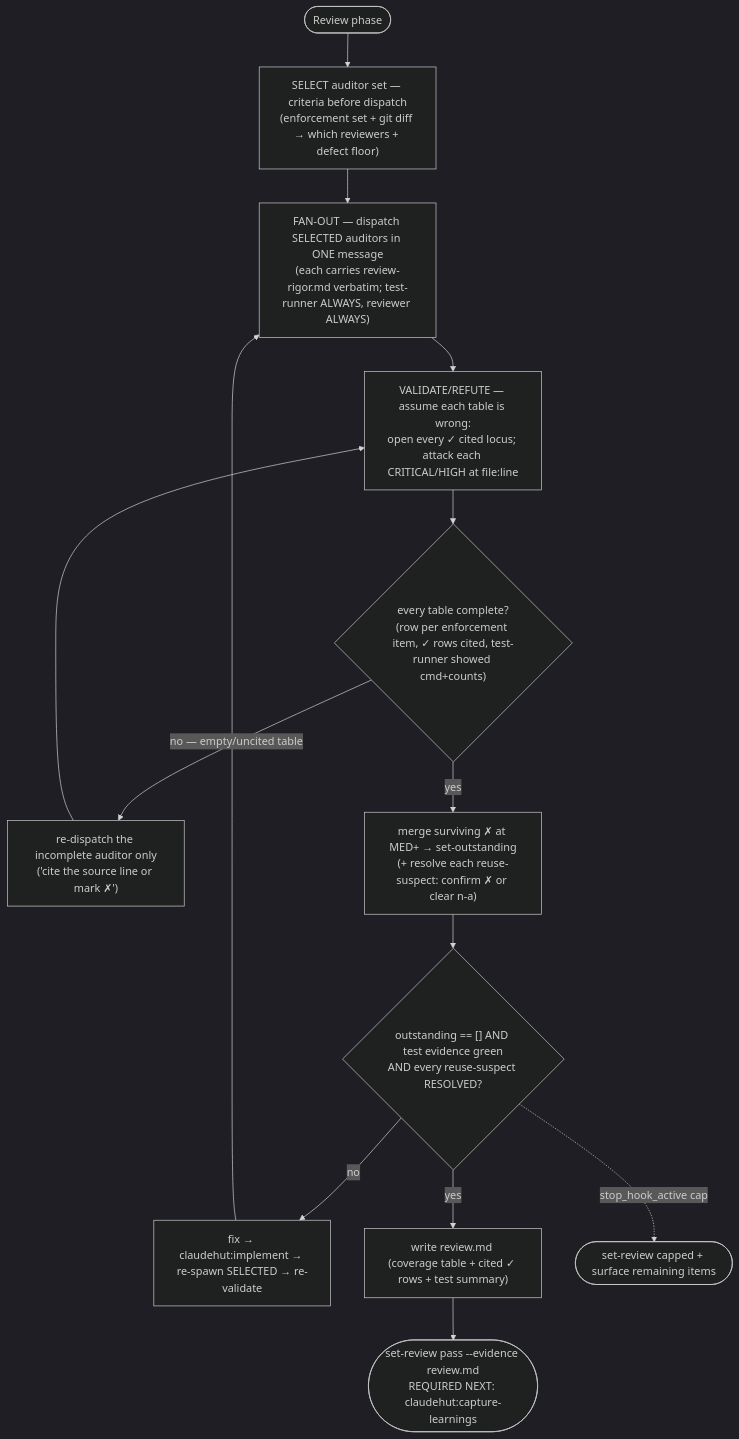
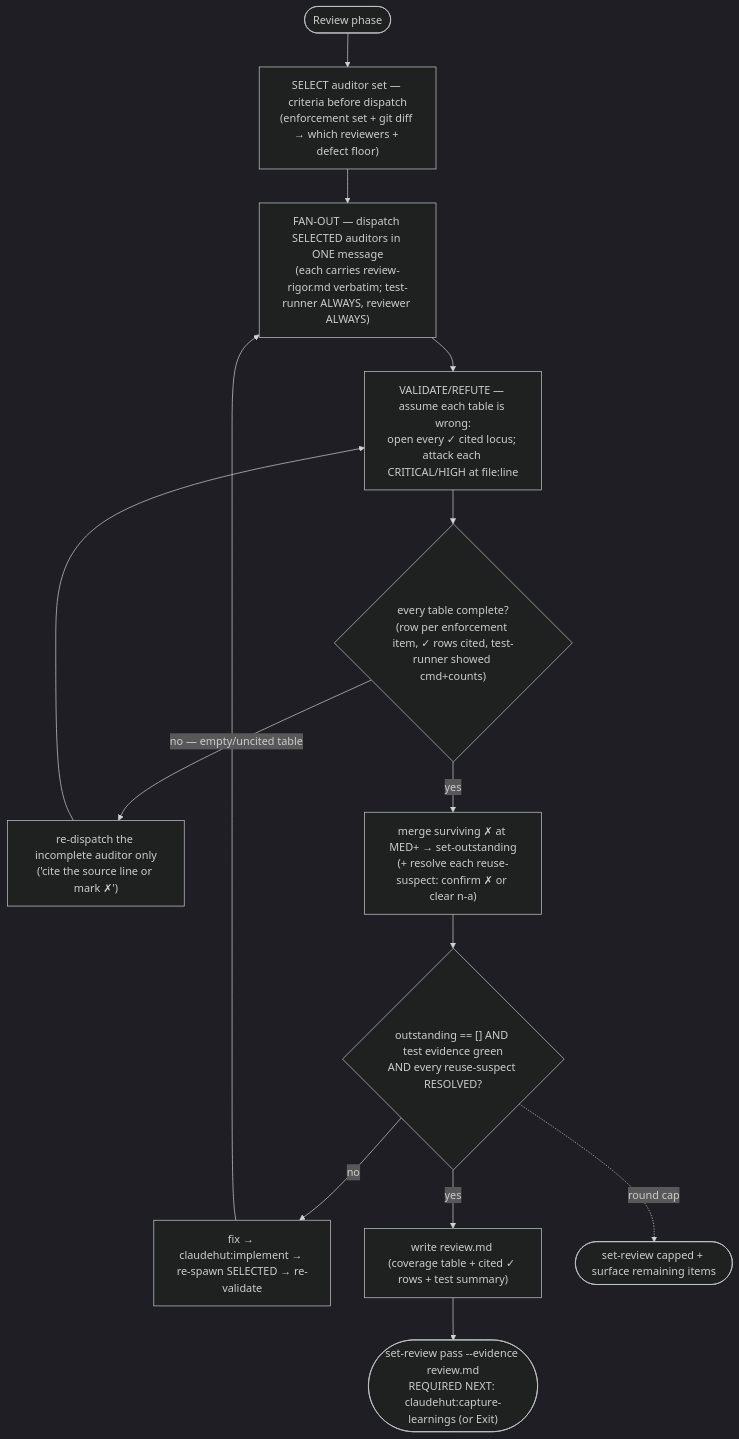
The diagram in skills/review/SKILL.md (taipt1504/claudehut), drawn with Mermaid (dark theme) before and after one commit. The commit also changed other lines of this file and 75 other files, not shown here.

````diff
--- a/skills/review/SKILL.md
+++ b/skills/review/SKILL.md
@@ -33,16 +32,16 @@
 ```mermaid
 flowchart TB
     start([Review phase]) --> lock["SELECT auditor set — criteria before dispatch<br/>(enforcement set + git diff → which reviewers + defect floor)"]
     lock --> fan["FAN-OUT — dispatch SELECTED auditors in ONE message<br/>(each carries review-rigor.md verbatim; test-runner ALWAYS, reviewer ALWAYS)"]
     fan --> crit["VALIDATE/REFUTE — assume each table is wrong:<br/>open every ✓ cited locus; attack each CRITICAL/HIGH at file:line"]
     crit --> complete{"every table complete?<br/>(row per enforcement item, ✓ rows cited, test-runner showed cmd+counts)"}
     complete -- "no — empty/uncited table" --> redis["re-dispatch the incomplete auditor only<br/>('cite the source line or mark ✗')"]
     redis --> crit
     complete -- "yes" --> merge["merge surviving ✗ at MED+ → set-outstanding<br/>(+ resolve each reuse-suspect: confirm ✗ or clear n-a)"]
     merge --> conv{"outstanding == [] AND test evidence green<br/>AND every reuse-suspect RESOLVED?"}
     conv -- "no" --> fix["fix → claudehut:implement → re-spawn SELECTED → re-validate"]
     fix --> fan
     conv -- "yes" --> rec["write review.md (coverage table + cited ✓ rows + test summary)"]
-    rec --> pass(["set-review pass --evidence review.md<br/>REQUIRED NEXT: claudehut:capture-learnings"])
-    conv -. "stop_hook_active cap" .-> capped(["set-review capped + surface remaining items"])
+    rec --> pass(["set-review pass --evidence review.md<br/>REQUIRED NEXT: claudehut:capture-learnings (or Exit)"])
+    conv -. "round cap" .-> capped(["set-review capped + surface remaining items"])
 ```
````
